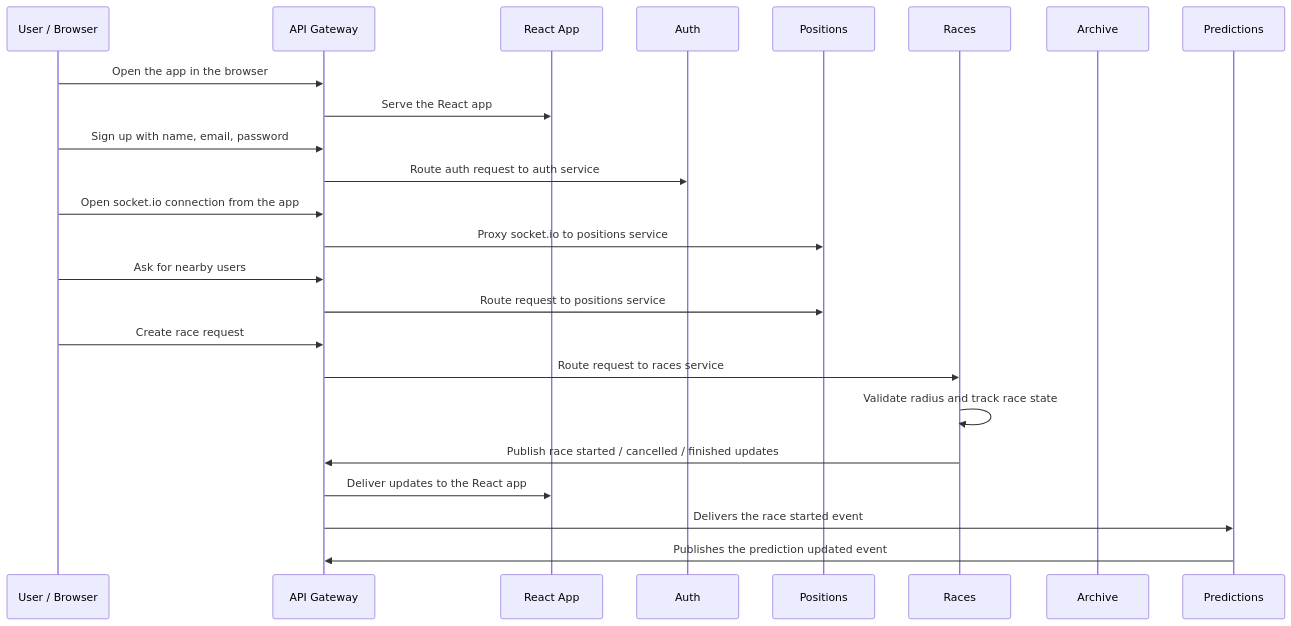
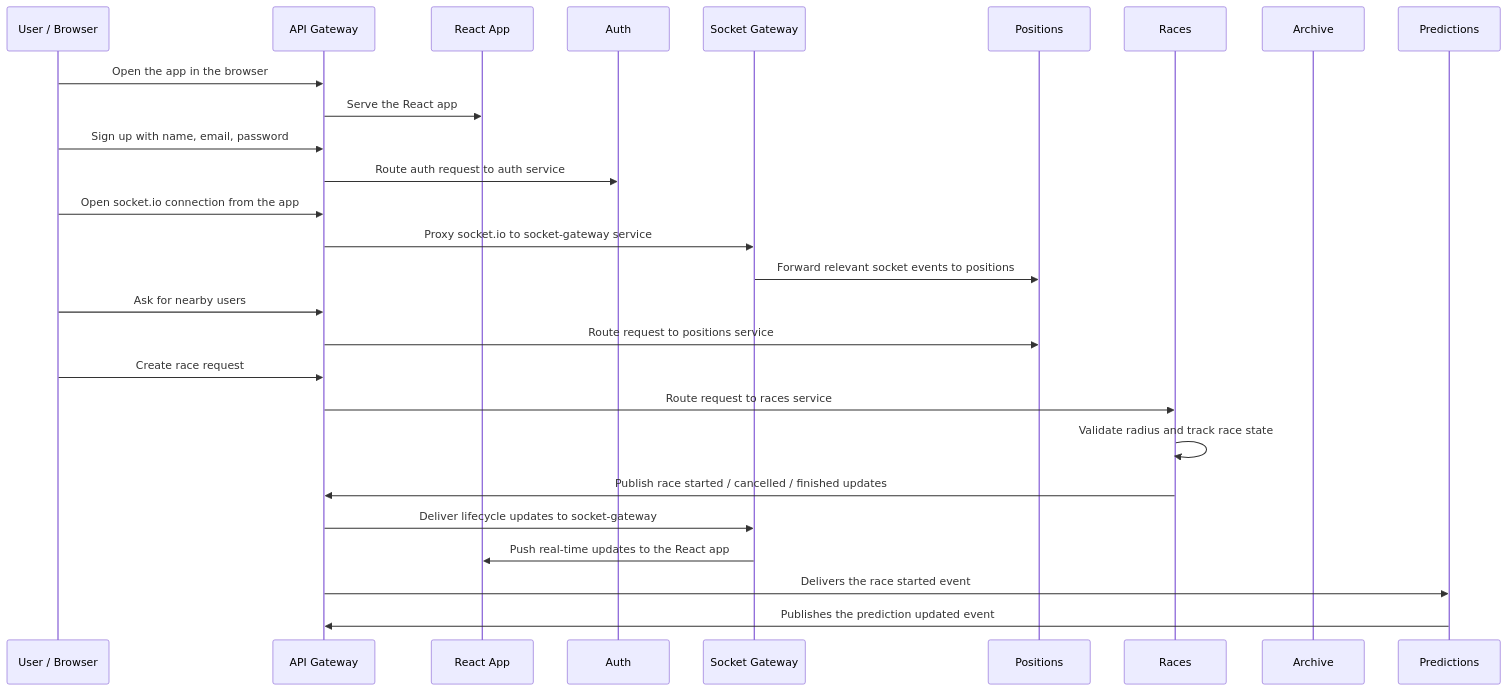
The third of 5 diagrams in README.md (yojimbo-ah/racer-io), drawn with Mermaid before and after one commit. The commit also changed other lines of this file, not shown here.

Commit message:
fiexed some stuff in the readme file , start to work on more saga orchestaration patterns for the main events that cant be without sync

````diff
--- a/README.md
+++ b/README.md
@@ -191,29 +233,31 @@
 ```mermaid
 sequenceDiagram
   participant U as User / Browser
   participant G as API Gateway
   participant C as React App
   participant A as Auth
+  participant SG as Socket Gateway
   participant P as Positions
   participant R as Races
   participant H as Archive
-  participant W as Predictions 
+  participant W as Predictions
 
   U->>G: Open the app in the browser
   G->>C: Serve the React app
   U->>G: Sign up with name, email, password
   G->>A: Route auth request to auth service
   U->>G: Open socket.io connection from the app
-  G->>P: Proxy socket.io to positions service
+  G->>SG: Proxy socket.io to socket-gateway service
+  SG->>P: Forward relevant socket events to positions
   U->>G: Ask for nearby users
   G->>P: Route request to positions service
   U->>G: Create race request
   G->>R: Route request to races service
   R->>R: Validate radius and track race state
   R->>G: Publish race started / cancelled / finished updates
-  G->>C: Deliver updates to the React app
+  G->>SG: Deliver lifecycle updates to socket-gateway
+  SG->>C: Push real-time updates to the React app
 
   G->>W: Delivers the race started event
   W->>G: Publishes the prediction updated event
-  
 ```
````
